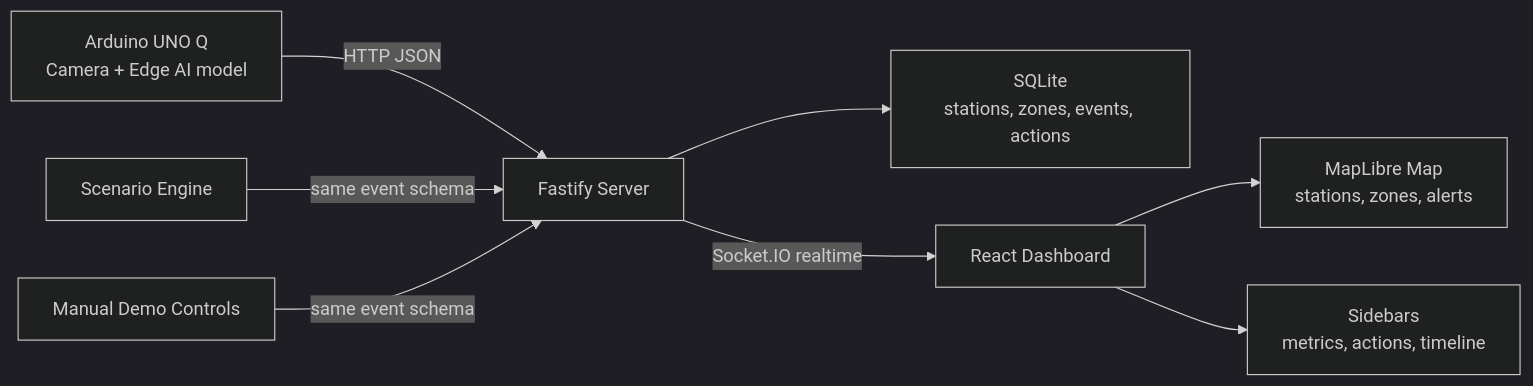
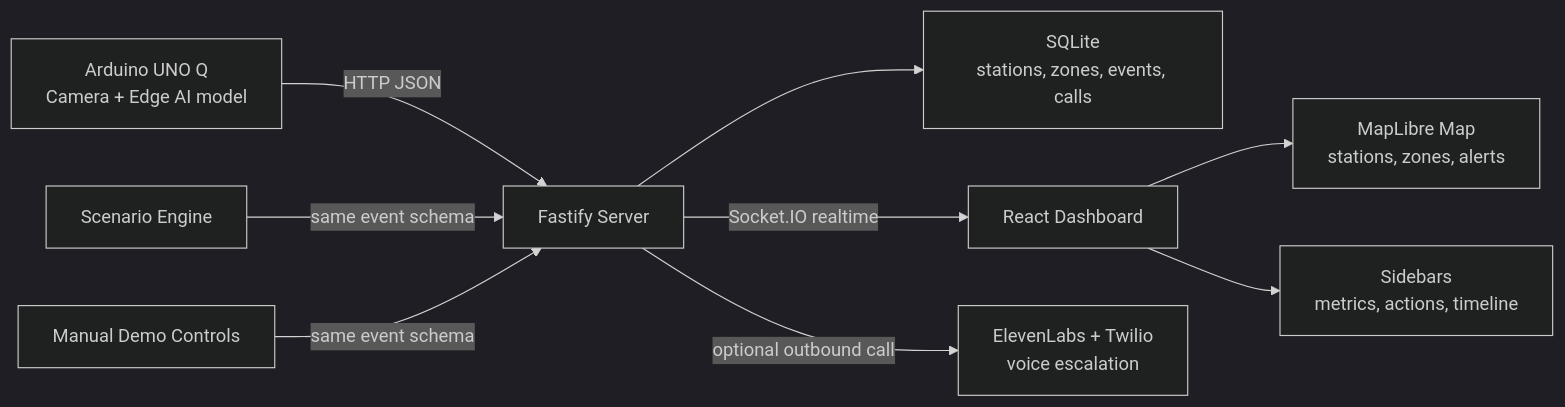
Before and after one commit to guimCC/guAIta: the diagram in docs/architecture.md, drawn with Mermaid (dark theme). The commit also changed other lines of this file and 22 other files, not shown here.

Commit message:
Checkpoint demo map and response flow

````diff
--- a/docs/architecture.md
+++ b/docs/architecture.md
@@ -17,10 +17,11 @@
 ```mermaid
 flowchart LR
   A["Arduino UNO Q\nCamera + Edge AI model"] -->|HTTP JSON| B["Fastify Server"]
   C["Scenario Engine"] -->|same event schema| B
   D["Manual Demo Controls"] -->|same event schema| B
-  B --> E["SQLite\nstations, zones, events, actions"]
+  B --> E["SQLite\nstations, zones, events, calls"]
   B -->|Socket.IO realtime| F["React Dashboard"]
+  B -->|optional outbound call| I["ElevenLabs + Twilio\nvoice escalation"]
   F --> G["MapLibre Map\nstations, zones, alerts"]
   F --> H["Sidebars\nmetrics, actions, timeline"]
 ```
````
